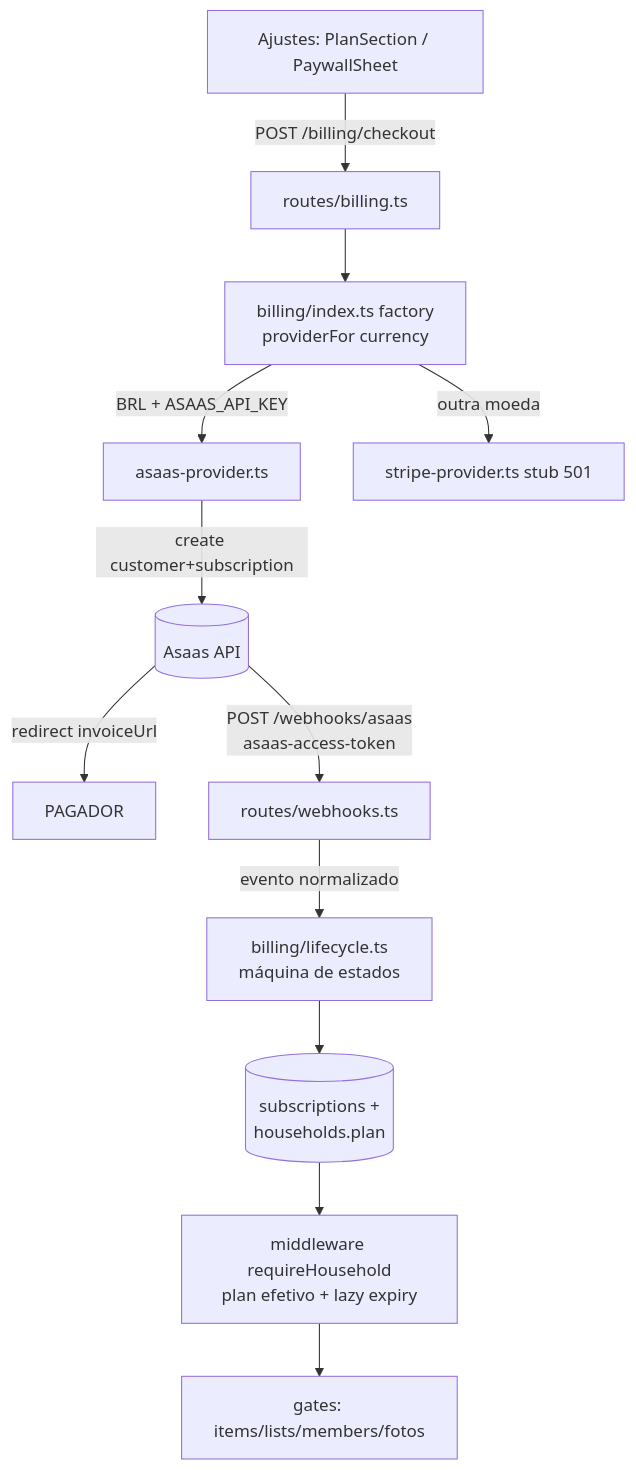
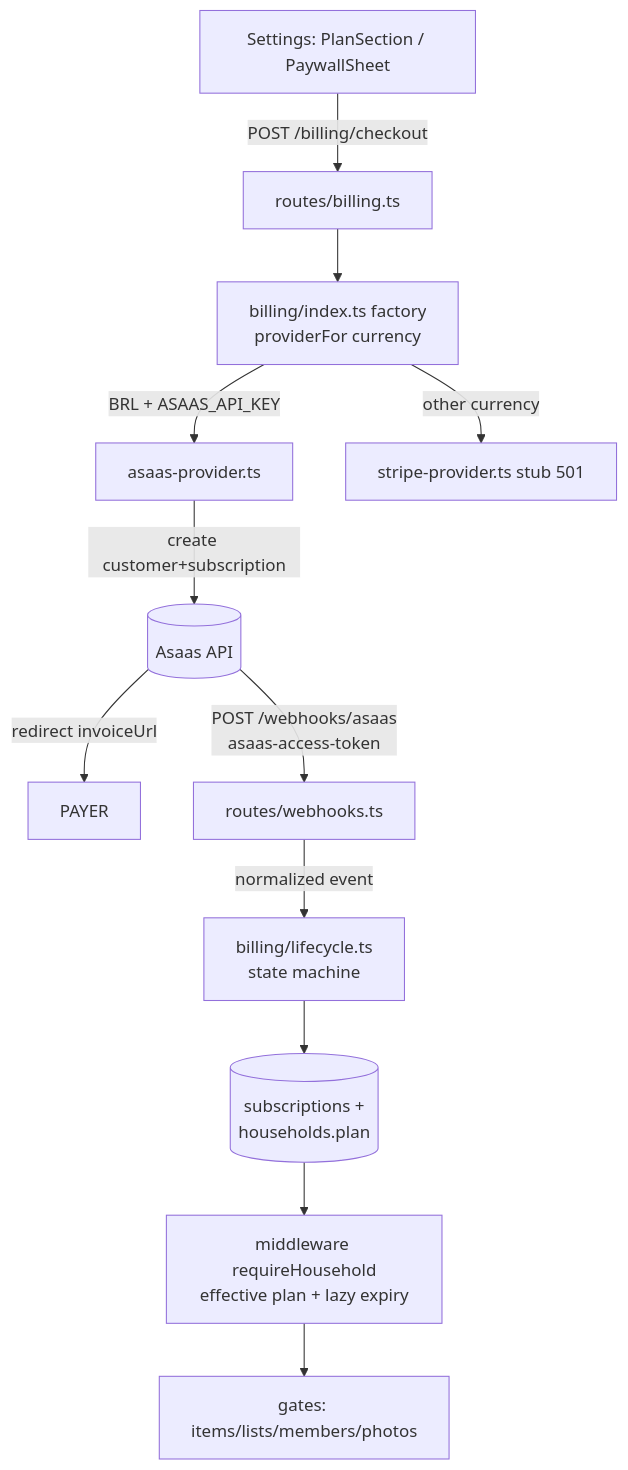
One commit to richardfcampos/Grosify changed the diagram in .specs/features/pro-plan-billing/design.md. Above: the diagram before and after it, drawn with Mermaid. The commit also changed other lines of this file and 31 other files, not shown here.

````diff
--- a/.specs/features/pro-plan-billing/design.md
+++ b/.specs/features/pro-plan-billing/design.md
@@ -23,14 +23,14 @@
 ```mermaid
 graph TD
-    UI[Ajustes: PlanSection / PaywallSheet] -->|POST /billing/checkout| BR[routes/billing.ts]
+    UI[Settings: PlanSection / PaywallSheet] -->|POST /billing/checkout| BR[routes/billing.ts]
     BR --> F[billing/index.ts factory<br/>providerFor currency]
     F -->|BRL + ASAAS_API_KEY| A[asaas-provider.ts]
-    F -->|outra moeda| S[stripe-provider.ts stub 501]
+    F -->|other currency| S[stripe-provider.ts stub 501]
     A -->|create customer+subscription| ASAAS[(Asaas API)]
-    ASAAS -->|redirect invoiceUrl| PAGADOR
+    ASAAS -->|redirect invoiceUrl| PAYER
     ASAAS -->|POST /webhooks/asaas<br/>asaas-access-token| WH[routes/webhooks.ts]
-    WH -->|evento normalizado| LC[billing/lifecycle.ts<br/>máquina de estados]
+    WH -->|normalized event| LC[billing/lifecycle.ts<br/>state machine]
     LC --> DB[(subscriptions +<br/>households.plan)]
-    DB --> MW[middleware requireHousehold<br/>plan efetivo + lazy expiry]
-    MW --> GATES[gates: items/lists/members/fotos]
+    DB --> MW[middleware requireHousehold<br/>effective plan + lazy expiry]
+    MW --> GATES[gates: items/lists/members/photos]
 ```
````
